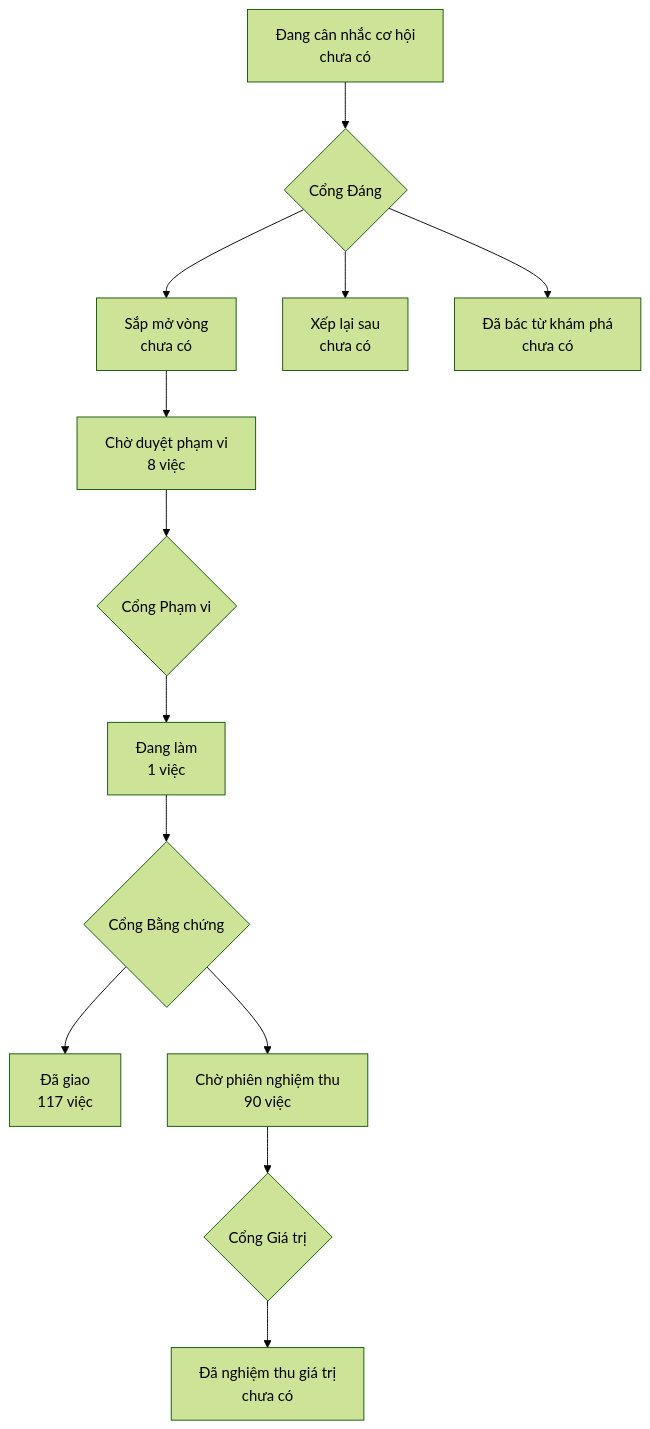
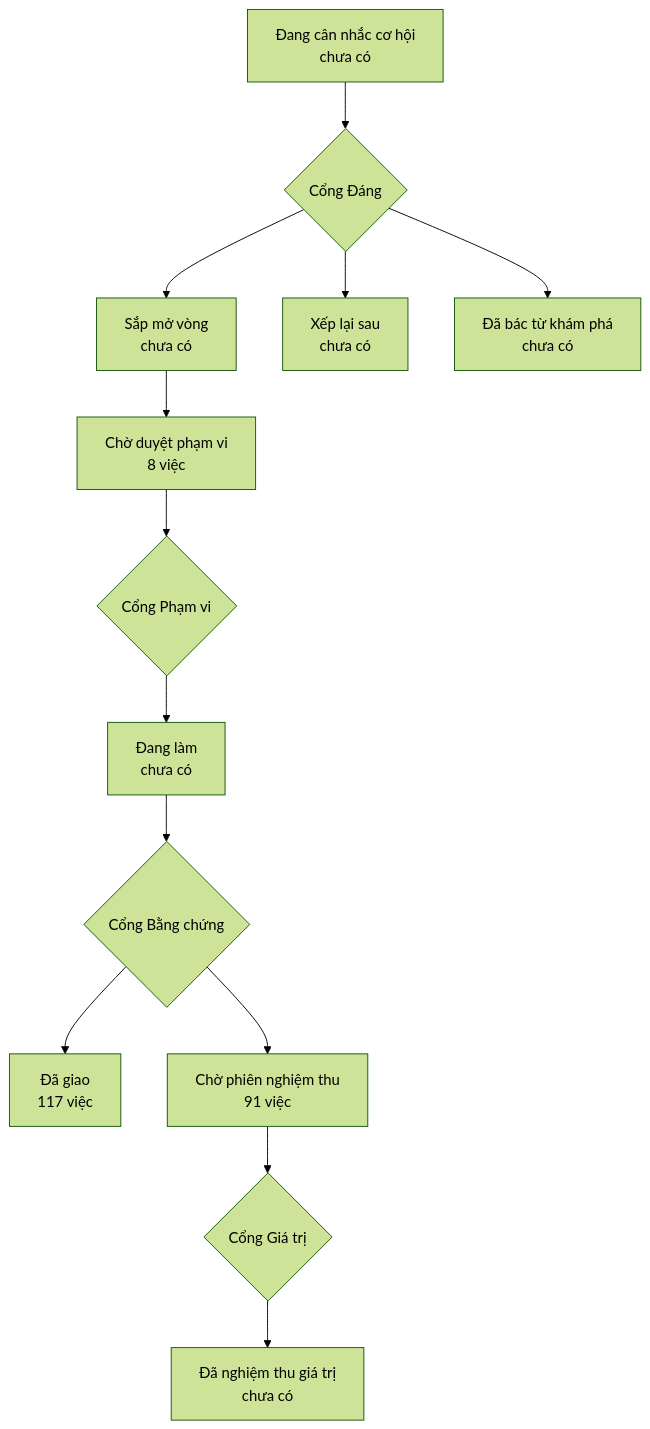
The diagram in PRODUCT-MAP.md (phanlemanh/onehub-invest), drawn with Mermaid (forest theme) before and after one commit. The commit also changed other lines of this file and 5 other files, not shown here.

````diff
--- a/PRODUCT-MAP.md
+++ b/PRODUCT-MAP.md
@@ -7,12 +7,12 @@
 ```mermaid
 flowchart TD
   A["Đang cân nhắc cơ hội<br/>chưa có"] --> GD{"Cổng Đáng"}
   GD --> B["Sắp mở vòng<br/>chưa có"]
   GD --> XL["Xếp lại sau<br/>chưa có"]
   GD --> DB["Đã bác từ khám phá<br/>chưa có"]
   B --> CD["Chờ duyệt phạm vi<br/>8 việc"] --> GP{"Cổng Phạm vi"}
-  GP --> DL["Đang làm<br/>1 việc"] --> GB{"Cổng Bằng chứng"}
+  GP --> DL["Đang làm<br/>chưa có"] --> GB{"Cổng Bằng chứng"}
   GB --> DG["Đã giao<br/>117 việc"]
-  GB --> CN["Chờ phiên nghiệm thu<br/>90 việc"] --> GG{"Cổng Giá trị"}
+  GB --> CN["Chờ phiên nghiệm thu<br/>91 việc"] --> GG{"Cổng Giá trị"}
   GG --> NT["Đã nghiệm thu giá trị<br/>chưa có"]
 ```
````
